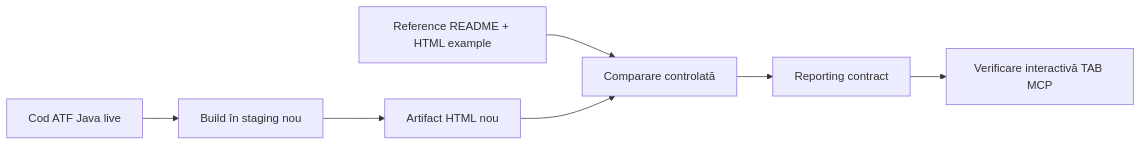
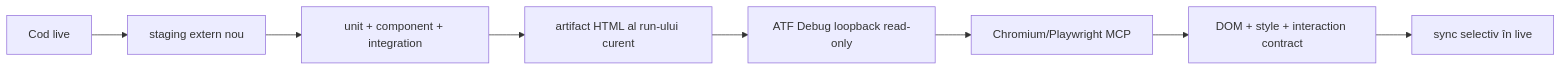
Before and after one commit to crististefanita/demo2: the diagram in docs/ATF_REPORTING_REFERENCE_GUARD.md, drawn with Mermaid. The commit also changed other lines of this file and 647 other files, not shown here.

Commit message:
Sync master with latest Java ATF project

````diff
--- a/docs/ATF_REPORTING_REFERENCE_GUARD.md
+++ b/docs/ATF_REPORTING_REFERENCE_GUARD.md
@@ -25,9 +23,10 @@
 ```mermaid
 flowchart LR
-    Live[Cod ATF Java live] --> Build[Build în staging nou]
-    Build --> Artifact[Artifact HTML nou]
-    Reference[Reference README + HTML example] --> Compare[Comparare controlată]
-    Artifact --> Compare
-    Compare --> Contract[Reporting contract]
-    Contract --> MCP[Verificare interactivă TAB MCP]
+    Live[Cod live] --> Stage[staging extern nou]
+    Stage --> Build[unit + component + integration]
+    Build --> Generate[artifact HTML al run-ului curent]
+    Generate --> Debug[ATF Debug loopback read-only]
+    Debug --> Browser[Chromium/Playwright MCP]
+    Browser --> Contract[DOM + style + interaction contract]
+    Contract --> Sync[sync selectiv în live]
 ```
````
